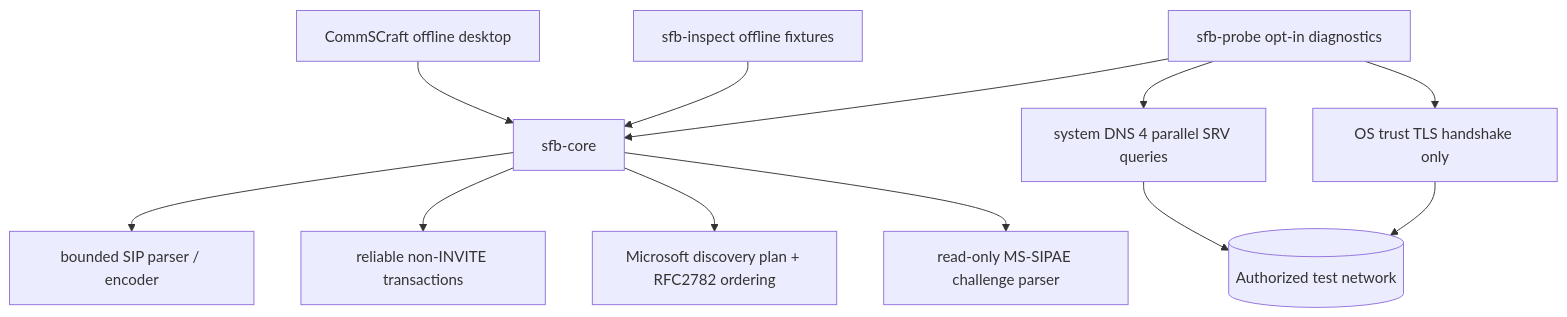
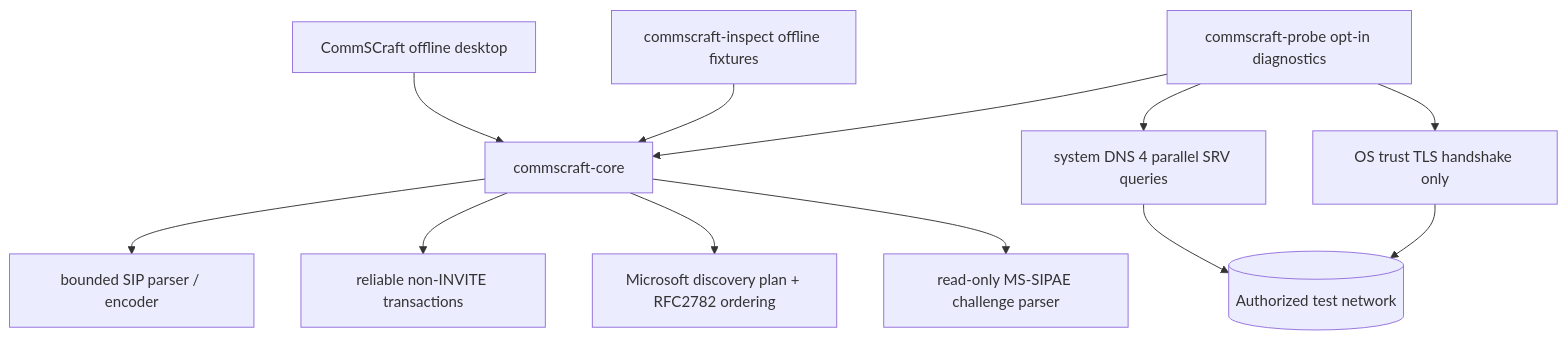
One commit to NelvinBHV/CommSCraft changed the first of 2 diagrams in docs/architecture.md. Above: the diagram before and after it, drawn with Mermaid. The commit also changed other lines of this file and 15 other files, not shown here.

Commit message:
docs(identity): use CommSCraft names in README, architecture and RFC/MS references

````diff
--- a/docs/architecture.md
+++ b/docs/architecture.md
@@ -3,14 +3,14 @@
 ```mermaid
 flowchart TD
-    UI[CommSCraft offline desktop] --> CORE[sfb-core]
-    INSPECT[sfb-inspect offline fixtures] --> CORE
-    PROBE[sfb-probe opt-in diagnostics] --> CORE
+    UI[CommSCraft offline desktop] --> CORE[commscraft-core]
+    INSPECT[commscraft-inspect offline fixtures] --> CORE
+    PROBE[commscraft-probe opt-in diagnostics] --> CORE
     CORE --> SIP[bounded SIP parser / encoder]
     CORE --> TX[reliable non-INVITE transactions]
     CORE --> PLAN[Microsoft discovery plan + RFC2782 ordering]
     CORE --> CHALLENGE[read-only MS-SIPAE challenge parser]
     PROBE --> DNS[system DNS 4 parallel SRV queries]
     PROBE --> TLS[OS trust TLS handshake only]
     DNS --> LAB[(Authorized test network)]
     TLS --> LAB
 ```
````
